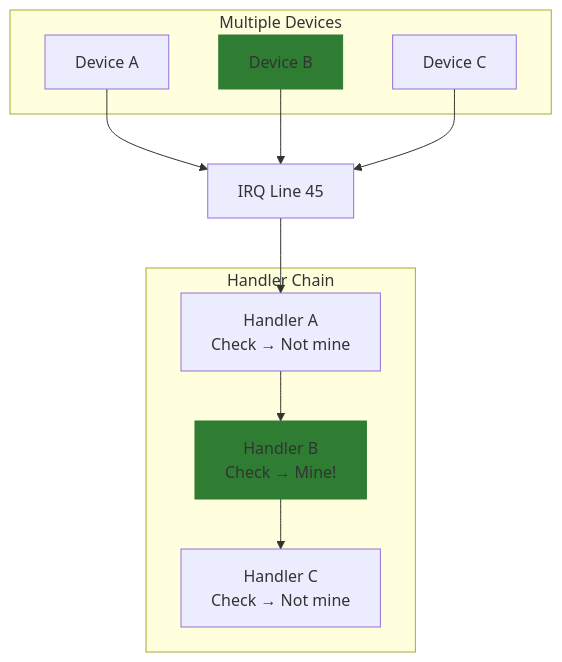
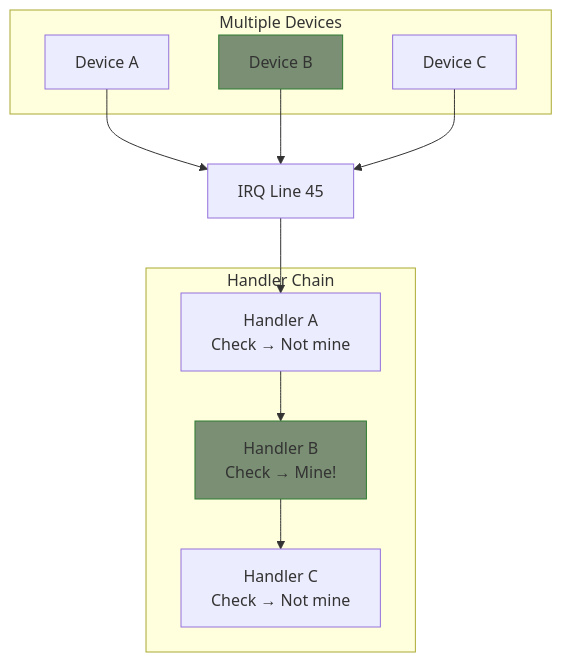
Before and after one commit to MichaelTien8901/linux-driver-guide-tutorial: the first of 2 diagrams in part7/07-shared-interrupts.md, drawn with Mermaid. The commit also changed 36 other files, not shown here.

Commit message:
Fix mermaid diagram colors to use consistent paper-like theme

````diff
--- a/part7/07-shared-interrupts.md
+++ b/part7/07-shared-interrupts.md
@@ -14,27 +14,27 @@
 ```mermaid
 flowchart TB
     subgraph Devices["Multiple Devices"]
         D1[Device A]
         D2[Device B]
         D3[Device C]
     end
 
     IRQ[IRQ Line 45]
 
     subgraph Handlers["Handler Chain"]
         H1["Handler A<br/>Check → Not mine"]
         H2["Handler B<br/>Check → Mine!"]
         H3["Handler C<br/>Check → Not mine"]
     end
 
     D1 --> IRQ
     D2 --> IRQ
     D3 --> IRQ
 
     IRQ --> H1
     H1 --> H2
     H2 --> H3
 
-    style D2 fill:#2e7d32,stroke:#2e7d32
-    style H2 fill:#2e7d32,stroke:#2e7d32
+    style D2 fill:#7a8f73,stroke:#2e7d32
+    style H2 fill:#7a8f73,stroke:#2e7d32
 ```
````
